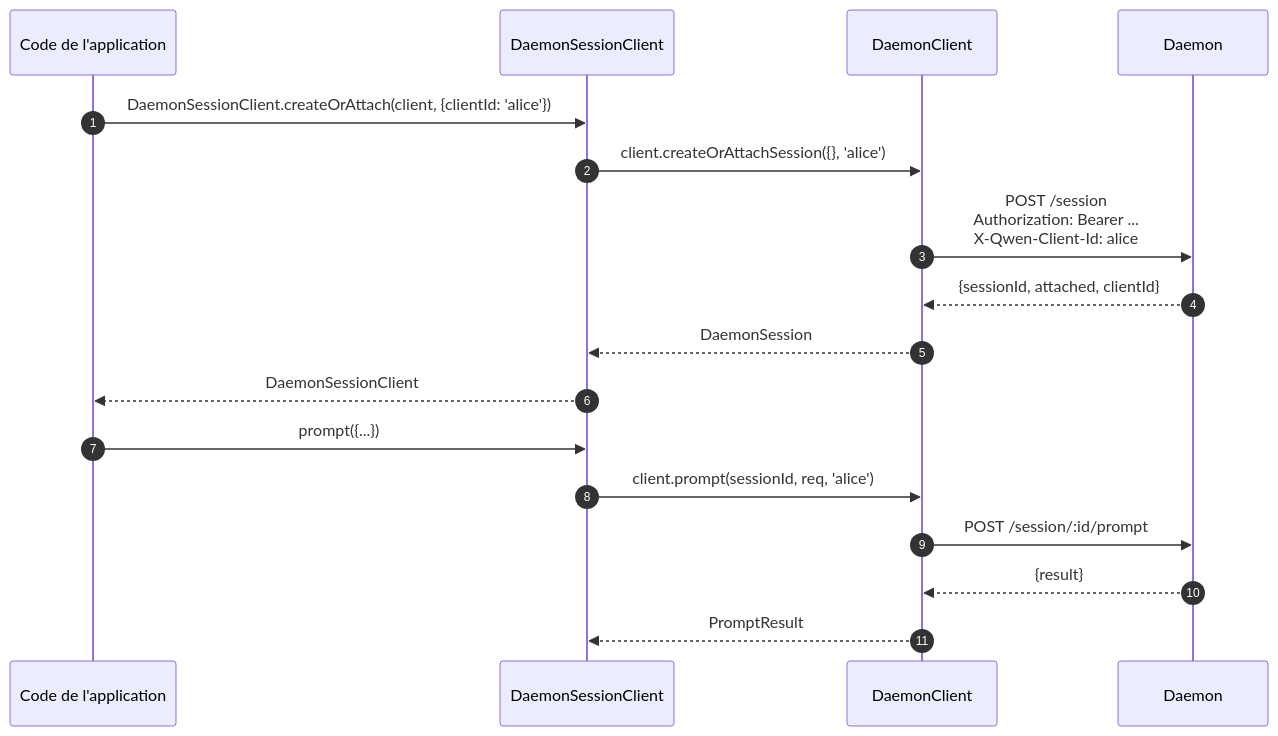
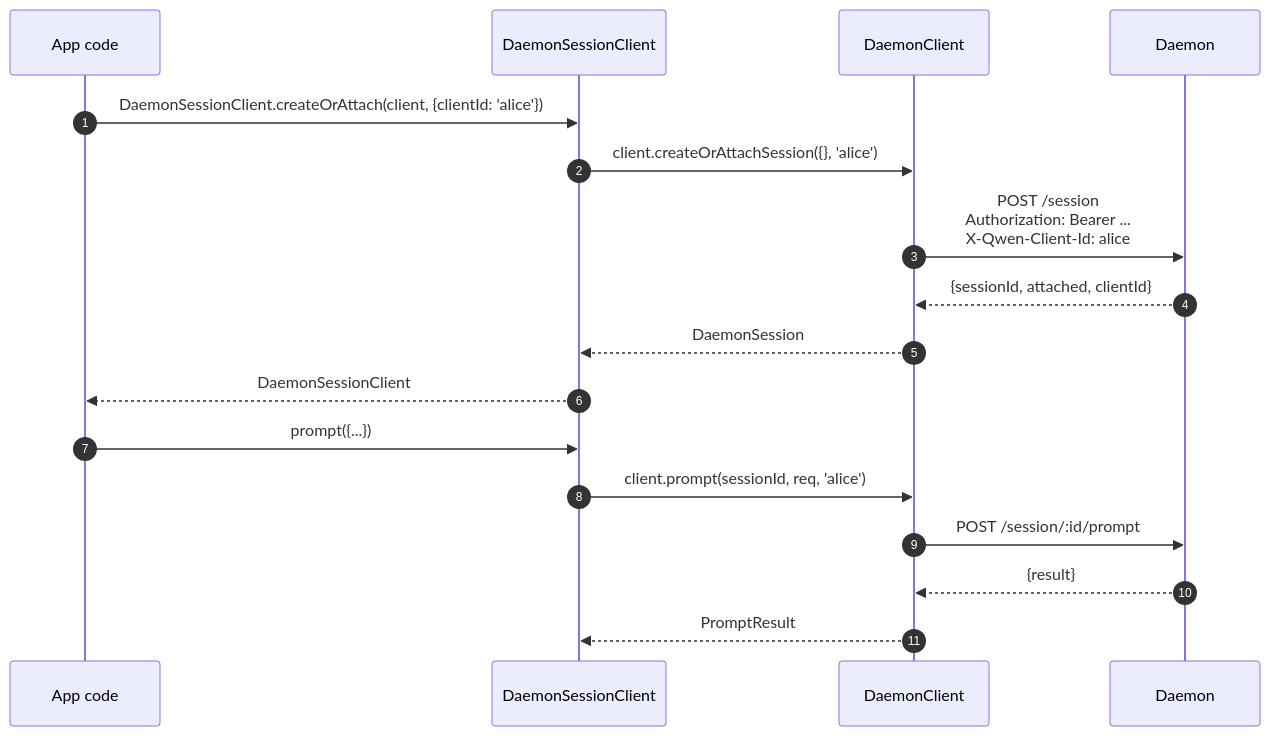
Before and after one commit to QwenLM/qwen-code-docs: the first of 3 diagrams in website/content/fr/developers/daemon/13-sdk-daemon-client.md, drawn with Mermaid. The commit also changed other lines of this file and 128 other files, not shown here.

````diff
--- a/website/content/fr/developers/daemon/13-sdk-daemon-client.md
+++ b/website/content/fr/developers/daemon/13-sdk-daemon-client.md
@@ -133,21 +147,21 @@
 ```mermaid
 sequenceDiagram
     autonumber
-    participant App as Code de l'application
+    participant App as App code
     participant SC as DaemonSessionClient
     participant DC as DaemonClient
     participant D as Daemon
 
     App->>SC: DaemonSessionClient.createOrAttach(client, {clientId: 'alice'})
     SC->>DC: client.createOrAttachSession({}, 'alice')
     DC->>D: POST /session<br/>Authorization: Bearer ...<br/>X-Qwen-Client-Id: alice
     D-->>DC: {sessionId, attached, clientId}
     DC-->>SC: DaemonSession
     SC-->>App: DaemonSessionClient
 
     App->>SC: prompt({...})
     SC->>DC: client.prompt(sessionId, req, 'alice')
     DC->>D: POST /session/:id/prompt
     D-->>DC: {result}
     DC-->>SC: PromptResult
 ```
````
